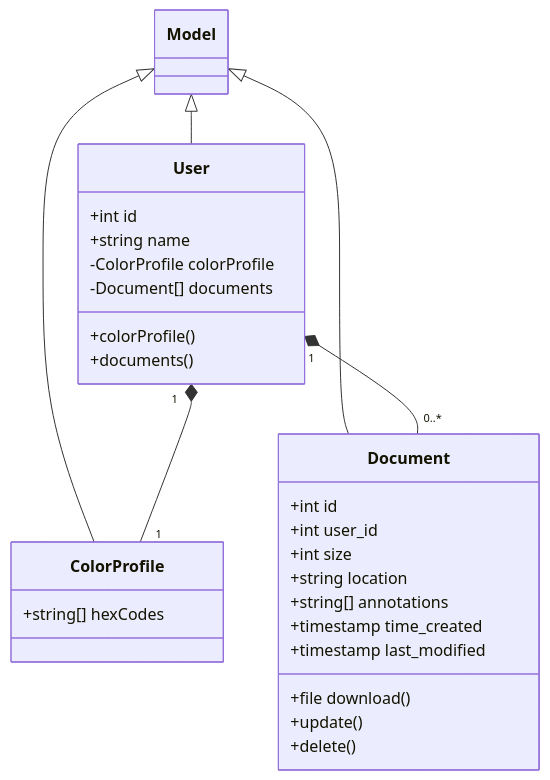
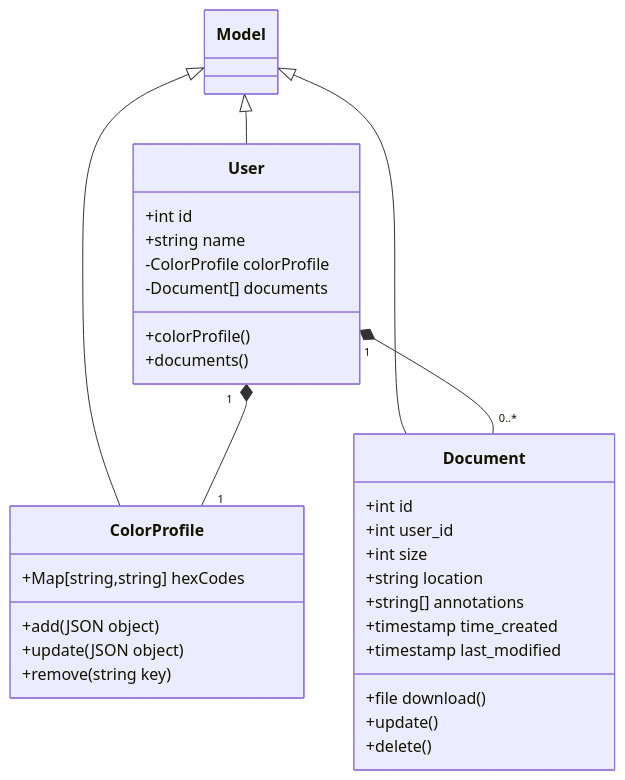
Before and after one commit to Capstone-Projects-2024-Spring/project-synesthesia-reading-app: the second of 2 diagrams in documentation/docs/system-architecture/design.md, drawn with Mermaid.

Commit message:
change request, data type changed from string[] to map, methods added

````diff
--- a/documentation/docs/system-architecture/design.md
+++ b/documentation/docs/system-architecture/design.md
@@ -91,27 +91,30 @@
 ```mermaid
 classDiagram
   Model <|-- User
   Model <|-- ColorProfile
   Model <|-- Document
 
   User : +int id
   User : +string name
   User : -ColorProfile colorProfile
   User : -Document[] documents
   User : +colorProfile()
   User : +documents()
-  ColorProfile : +string[] hexCodes
+  ColorProfile : +Map[string,string] hexCodes
+  ColorProfile : +add(JSON object)
+  ColorProfile : +update(JSON object)
+  ColorProfile : +remove(string key)
   Document : +int id
   Document : +int user_id
   Document : +int size
   Document : +string location
   Document : +string[] annotations
   Document : +timestamp time_created
   Document : +timestamp last_modified
   Document : +file download()
   Document : +update()
   Document : +delete()
 
   User "1" *-- "1" ColorProfile
   User "1" *-- "0..*" Document
 ```
````
